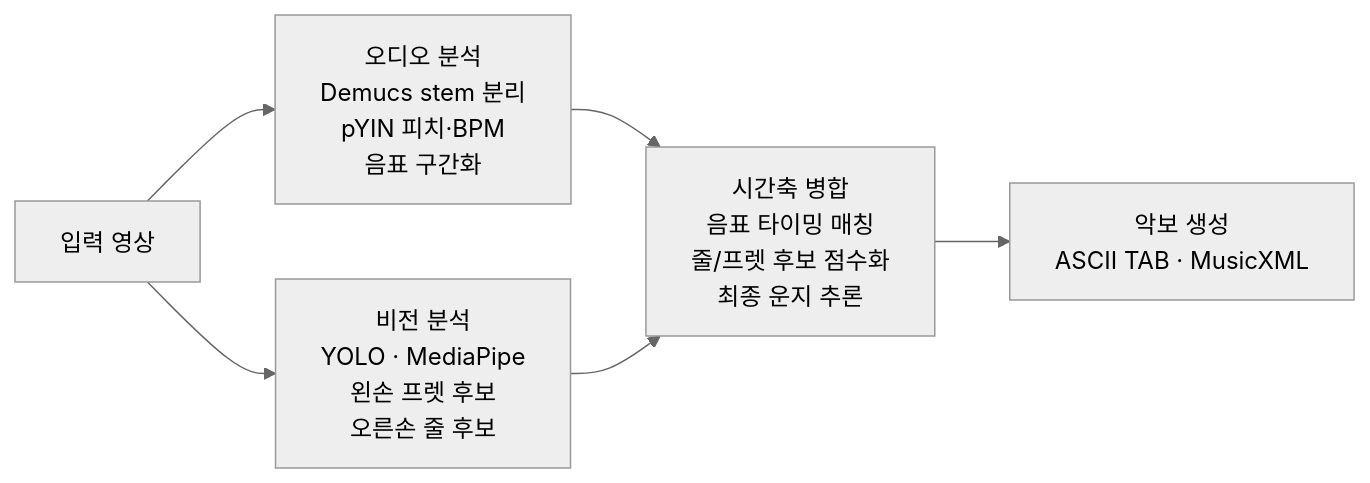
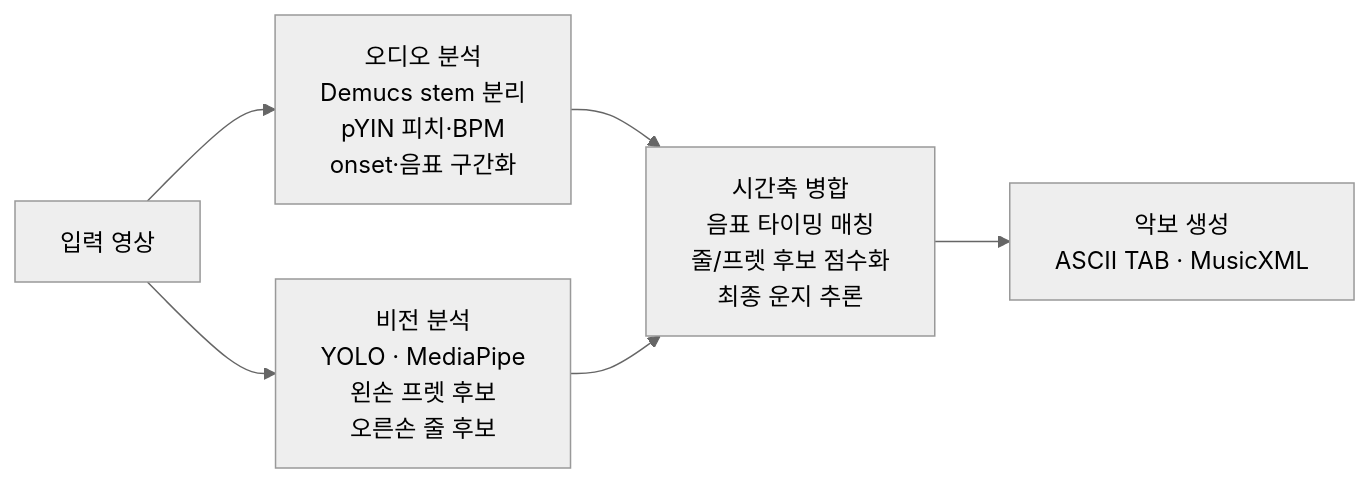
One commit to DAYEONG0222/autotabstudio changed the diagram in README.md. Above: the diagram before and after it, drawn with Mermaid (neutral theme). The commit also changed other lines of this file, not shown here.

````diff
--- a/README.md
+++ b/README.md
@@ -19,8 +23,8 @@
 ```mermaid
 flowchart LR
-    video["입력 영상"] --> audio["오디오 분석<br/>Demucs stem 분리<br/>pYIN 피치·BPM<br/>음표 구간화"]
+    video["입력 영상"] --> audio["오디오 분석<br/>Demucs stem 분리<br/>pYIN 피치·BPM<br/>onset·음표 구간화"]
     video --> vision["비전 분석<br/>YOLO · MediaPipe<br/>왼손 프렛 후보<br/>오른손 줄 후보"]
     audio --> merge["시간축 병합<br/>음표 타이밍 매칭<br/>줄/프렛 후보 점수화<br/>최종 운지 추론"]
     vision --> merge
     merge --> out["악보 생성<br/>ASCII TAB · MusicXML"]
 ```
````
